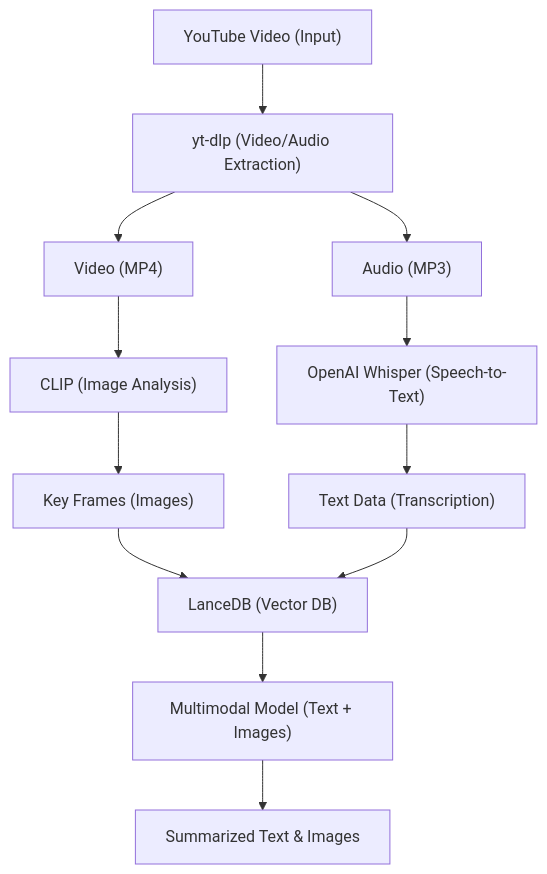
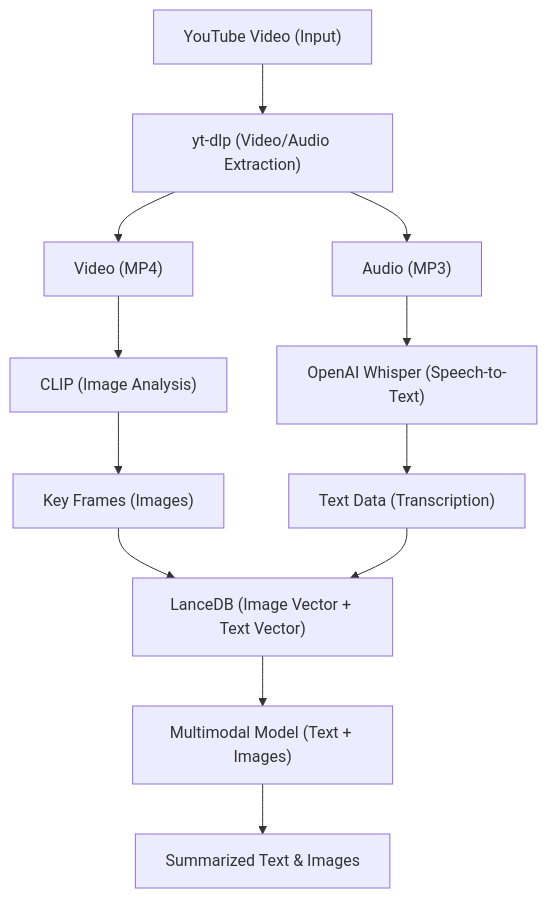
Before and after one commit to naveenkrishnan840/Youtube-Video-Summarization: the diagram in README.md, drawn with Mermaid.

````diff
--- a/README.md
+++ b/README.md
@@ -51,15 +51,15 @@
 ```mermaid
 graph TD
     %% Graph structure
-A["YouTube Video (Input)"] --> B["yt-dlp (Video/Audio Extraction)"];
-    B --> C["Audio (MP3)"];
-    B --> D["Video (MP4)"];
-    C --> E["OpenAI Whisper (Speech-to-Text)"];
-    D --> F["CLIP (Image Analysis)"];
-    E --> G["Text Data (Transcription)"];
-    F --> H["Key Frames (Images)"];
-    H --> J["LanceDB (Vector DB)"];
+	A["YouTube Video (Input)"] --> B["yt-dlp (Video/Audio Extraction)"];
+    	B --> C["Audio (MP3)"];
+    	B --> D["Video (MP4)"];
+    	C --> E["OpenAI Whisper (Speech-to-Text)"];
+    	D --> F["CLIP (Image Analysis)"];
+    	E --> G["Text Data (Transcription)"];
+    	F --> H["Key Frames (Images)"];
+    	H --> J["LanceDB (Image Vector + Text Vector)"];
 	G --> J;
-    J --> K["Multimodal Model (Text + Images)"];
-    K --> L["Summarized Text & Images"];
+    	J --> K["Multimodal Model (Text + Images)"];
+    	K --> L["Summarized Text & Images"];
 ```
````
